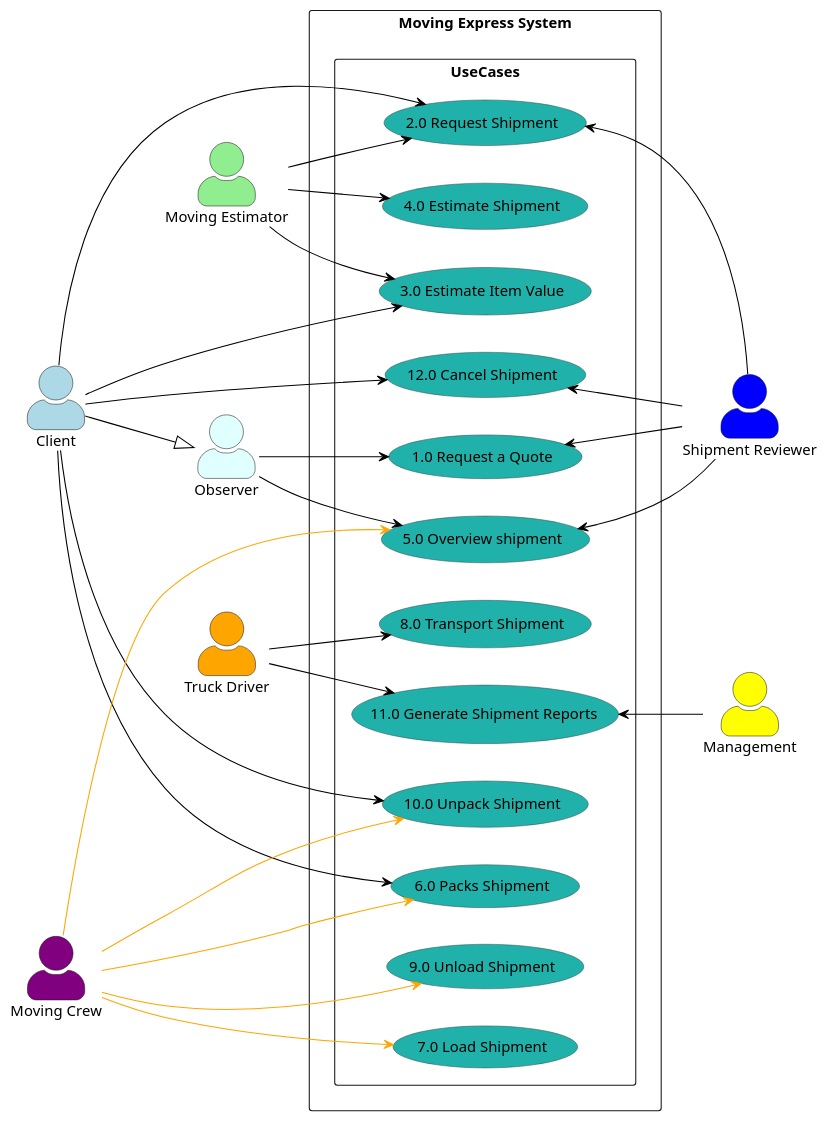
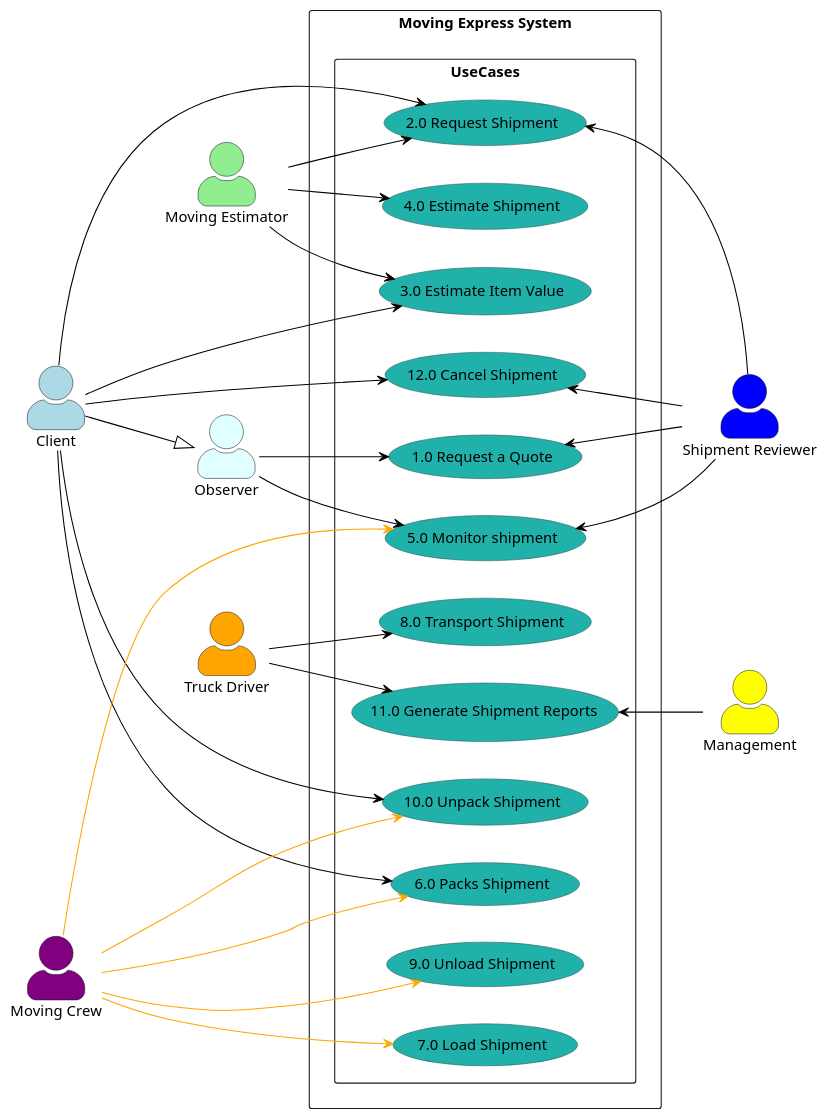
Before and after one commit to nic5694/MovingExpress: the diagram in Diagrams/UseCaseDiagrams/HighShipmentMS.puml, drawn with PlantUML. The commit also changed 4 other files, not shown here.

```diff
--- a/Diagrams/UseCaseDiagrams/HighShipmentMS.puml
+++ b/Diagrams/UseCaseDiagrams/HighShipmentMS.puml
@@ -1,70 +1,70 @@
 @startuml
 
 left to right direction
 skinparam actorStyle awesome
 skinparam usecase {
     BackgroundColor DarkSeaGreen
     BorderColor DarkSlateGray
     ArrowColor Black
     ActorBorderColor black
     ActorFontName Courier
     ActorBackgroundColor<< Human >> Gold
 }
 
 actor Client as "Client" #LightBlue
 actor "Moving Estimator" as MovingEstimator #LightGreen
 actor "Truck Driver" as VanDriver #Orange
 actor "Moving Crew" as MovingCrew #Purple
 actor Management as "Management" #Yellow
 actor "Shipment Reviewer" as ShipmentReviewer #Blue
 actor "Observer" as Observer #LightCyan
 
 rectangle "Moving Express System" {
     rectangle UseCases {
       usecase "1.0 Request a Quote" as UC1 #LightSeaGreen
       usecase "2.0 Request Shipment" as UC2 #LightSeaGreen
       usecase "3.0 Estimate Item Value" as UC3 #LightSeaGreen
       usecase "4.0 Estimate Shipment" as UC4 #LightSeaGreen
-      usecase "5.0 Overview shipment" as UC5 #LightSeaGreen
+      usecase "5.0 Monitor shipment" as UC5 #LightSeaGreen
       usecase "8.0 Transport Shipment" as UC8 #LightSeaGreen
       usecase "6.0 Packs Shipment" as UC6 #LightSeaGreen
       usecase "7.0 Load Shipment" as UC7 #LightSeaGreen
       usecase "9.0 Unload Shipment" as UC9 #LightSeaGreen
       usecase "10.0 Unpack Shipment" as UC10 #LightSeaGreen
       usecase "11.0 Generate Shipment Reports" as UC11 #LightSeaGreen
       usecase "12.0 Cancel Shipment" as UC12 #LightSeaGreen
     }
 }
 
 Client --|> Observer
 
 Client ---> UC12
 Client ---> UC6
 Client ---> UC3
 Client ---> UC2
 Client ---> UC10
 
 Observer --> UC1
 Observer --> UC5
 
 MovingEstimator --> UC2
 MovingEstimator --> UC4
 MovingEstimator --> UC3
 
 VanDriver --> UC8
 
 MovingCrew -[#Orange]--> UC6
 MovingCrew -[#Orange]--> UC5
 MovingCrew -[#Orange]--> UC7
 MovingCrew -[#Orange]--> UC9
 MovingCrew -[#Orange]--> UC10
 
 UC11 <-- Management
 VanDriver --> UC11
 
 UC2 <-- ShipmentReviewer
 UC1 <-- ShipmentReviewer
 UC12 <-- ShipmentReviewer
 UC5 <-- ShipmentReviewer
 
 @enduml
```
